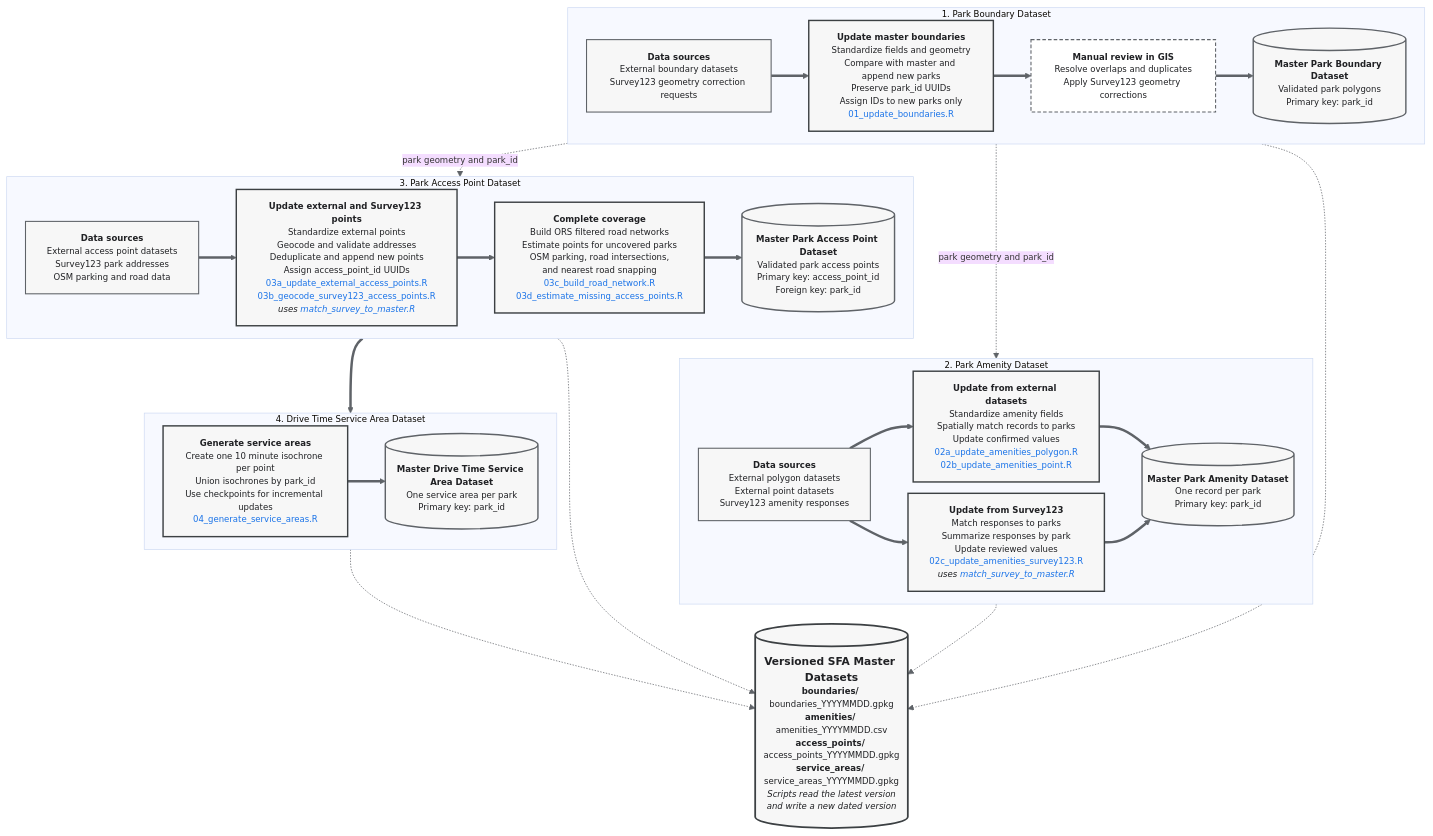
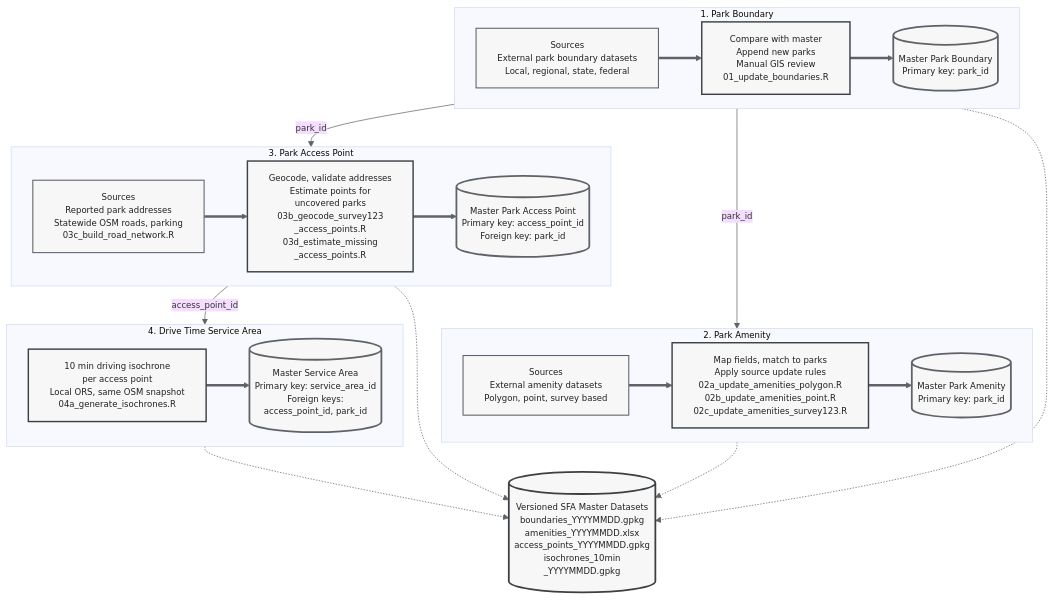
Before and after one commit to youngjaewon/strive-for-access: the diagram in README.md, drawn with Mermaid. The commit also changed other lines of this file, not shown here.

Commit message:
Revise README for improved clarity and structure
Updated the README to enhance clarity and structure, including dataset descriptions and processing scripts.

````diff
--- a/README.md
+++ b/README.md
@@ -24,62 +22,83 @@
   flowchart:
     htmlLabels: true
     curve: basis
-    nodeSpacing: 16
-    rankSpacing: 28
+    nodeSpacing: 20
+    rankSpacing: 36
   layout: dagre
 ---
 flowchart TB
 
-subgraph BOUNDARY["1. Park Boundary Dataset"]
+subgraph BOUNDARY["1. Park Boundary"]
     direction LR
-    B1["<b>Data sources</b><br>External boundary datasets<br>Survey123 geometry correction requests"]
-    B2["<b>Update master boundaries</b><br>Standardize fields and geometry<br>Compare with master and append new parks<br>Preserve park_id UUIDs<br>Assign IDs to new parks only<br><font color='#1A73E8'>01_update_boundaries.R</font>"]
-    B3["<b>Manual review in GIS</b><br>Resolve overlaps and duplicates<br>Apply Survey123 geometry corrections"]
-    B4[("<b>Master Park Boundary Dataset</b><br>Validated park polygons<br>Primary key: park_id")]
+    B1["Sources
+External park boundary datasets
+Local, regional, state, federal"]
+    B2["Compare with master
+Append new parks
+Manual GIS review
+01_update_boundaries.R"]
+    B4[("Master Park Boundary
+Primary key: park_id")]
+    B1 ==> B2 ==> B4
 end
 
-subgraph AMENITY["2. Park Amenity Dataset"]
+subgraph AMENITY["2. Park Amenity"]
     direction LR
-    A1["<b>Data sources</b><br>External polygon datasets<br>External point datasets<br>Survey123 amenity responses"]
-    A2["<b>Update from external datasets</b><br>Standardize amenity fields<br>Spatially match records to parks<br>Update confirmed values<br><font color='#1A73E8'>02a_update_amenities_polygon.R</font><br><font color='#1A73E8'>02b_update_amenities_point.R</font>"]
-    A3["<b>Update from Survey123</b><br>Match responses to parks<br>Summarize responses by park<br>Update reviewed values<br><font color='#1A73E8'>02c_update_amenities_survey123.R</font><br><i>uses <font color='#1A73E8'>match_survey_to_master.R</font></i>"]
-    A4[("<b>Master Park Amenity Dataset</b><br>One record per park<br>Primary key: park_id")]
+    A1["Sources
+External amenity datasets
+Polygon, point, survey based"]
+    A2["Map fields, match to parks
+Apply source update rules
+02a_update_amenities_polygon.R
+02b_update_amenities_point.R
+02c_update_amenities_survey123.R"]
+    A4[("Master Park Amenity
+Primary key: park_id")]
+    A1 ==> A2 ==> A4
 end
 
-subgraph ACCESS["3. Park Access Point Dataset"]
+subgraph ACCESS["3. Park Access Point"]
     direction LR
-    P1["<b>Data sources</b><br>External access point datasets<br>Survey123 park addresses<br>OSM parking and road data"]
-    P2["<b>Update external and Survey123 points</b><br>Standardize external points<br>Geocode and validate addresses<br>Deduplicate and append new points<br>Assign access_point_id UUIDs<br><font color='#1A73E8'>03a_update_external_access_points.R</font><br><font color='#1A73E8'>03b_geocode_survey123_access_points.R</font><br><i>uses <font color='#1A73E8'>match_survey_to_master.R</font></i>"]
-    P3["<b>Complete coverage</b><br>Build ORS filtered road networks<br>Estimate points for uncovered parks<br>OSM parking, road intersections,<br>and nearest road snapping<br><font color='#1A73E8'>03c_build_road_network.R</font><br><font color='#1A73E8'>03d_estimate_missing_access_points.R</font>"]
-    P5[("<b>Master Park Access Point Dataset</b><br>Validated park access points<br>Primary key: access_point_id<br>Foreign key: park_id")]
+    P1["Sources
+Reported park addresses
+Statewide OSM roads, parking
+03c_build_road_network.R"]
+    P2["Geocode, validate addresses
+Estimate points for
+uncovered parks
+03b_geocode_survey123
+_access_points.R
+03d_estimate_missing
+_access_points.R"]
+    P5[("Master Park Access Point
+Primary key: access_point_id
+Foreign key: park_id")]
+    P1 ==> P2 ==> P5
 end
 
-subgraph SERVICE["4. Drive Time Service Area Dataset"]
+subgraph SERVICE["4. Drive Time Service Area"]
     direction LR
-    T1["<b>Generate service areas</b><br>Create one 10 minute isochrone per point<br>Union isochrones by park_id<br>Use checkpoints for incremental updates<br><font color='#1A73E8'>04_generate_service_areas.R</font>"]
-    T3[("<b>Master Drive Time Service Area Dataset</b><br>One service area per park<br>Primary key: park_id")]
+    T1["10 min driving isochrone
+per access point
+Local ORS, same OSM snapshot
+04a_generate_isochrones.R"]
+    T3[("Master Service Area
+Primary key: service_area_id
+Foreign keys:
+access_point_id, park_id")]
+    T1 ==> T3
 end
 
-M[("<b style='font-size:15px'>Versioned SFA Master Datasets</b><br><b>boundaries/</b> boundaries_YYYYMMDD.gpkg<br><b>amenities/</b> amenities_YYYYMMDD.csv<br><b>access_points/</b> access_points_YYYYMMDD.gpkg<br><b>service_areas/</b> service_areas_YYYYMMDD.gpkg<br><i>Scripts read the latest version<br>and write a new dated version</i>")]
+M[("Versioned SFA Master Datasets
+boundaries_YYYYMMDD.gpkg
+amenities_YYYYMMDD.xlsx
+access_points_YYYYMMDD.gpkg
+isochrones_10min
+_YYYYMMDD.gpkg")]
 
-B1 ==> B2
-B2 ==> B3
-B3 ==> B4
-
-A1 ==> A2
-A1 ==> A3
-A2 ==> A4
-A3 ==> A4
-
-P1 ==> P2
-P2 ==> P3
-P3 ==> P5
-
-P5 ==> T1
-T1 ==> T3
-
-B4 -. park geometry and park_id .-> A1
-B4 -. park geometry and park_id .-> P1
+B4 -- park_id --> A2
+B4 -- park_id --> P2
+P5 -- access_point_id --> T1
 
 B4 -.-> M
 A4 -.-> M
@@ -87,14 +106,12 @@
 T3 -.-> M
 
 class B1,A1,P1 standard
-class B2,A2,A3,P2,P3,T1 script
-class B3 manual
+class B2,A2,P2,T1 script
 class B4,A4,P5,T3 output
 class M master
 
 classDef standard fill:#F7F7F7,stroke:#5F6368,stroke-width:1.5px,color:#202124
 classDef script fill:#F7F7F7,stroke:#3C4043,stroke-width:2px,color:#202124
-classDef manual fill:#FFFFFF,stroke:#5F6368,stroke-width:1.5px,stroke-dasharray:5 3,color:#202124
-classDef output fill:#F7F7F7,stroke:#5F6368,stroke-width:2px,color:#202124
+classDef output fill:#F7F7F7,stroke:#5F6368,stroke-width:2.5px,color:#202124
 classDef master fill:#F7F7F7,stroke:#3C4043,stroke-width:2.5px,color:#202124
 ```
````
